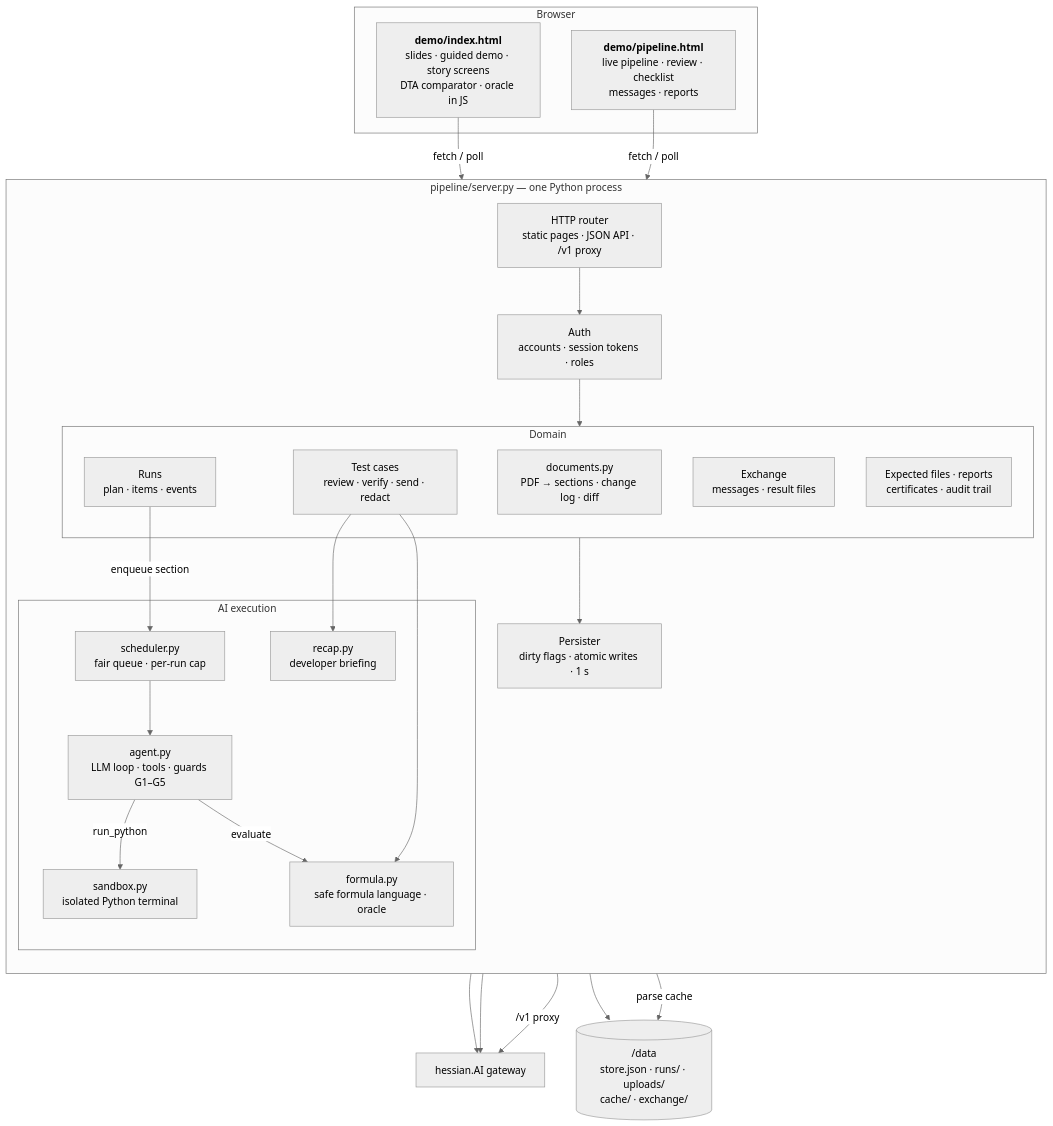
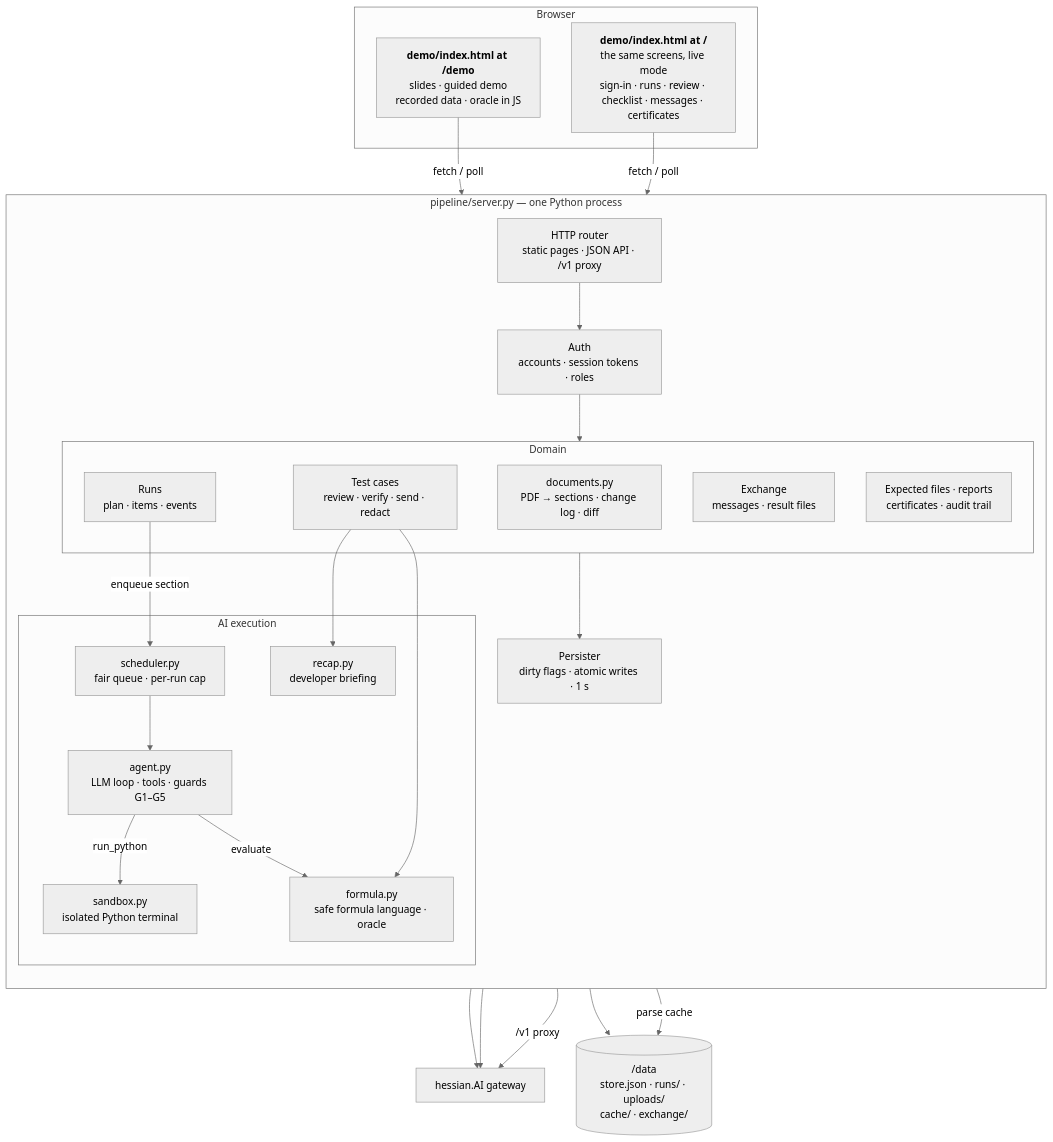
Before and after one commit to AmineChr54/futury-hackathon-itsg: the second of 6 diagrams in README.md, drawn with Mermaid (neutral theme). The commit also changed other lines of this file and 12 other files, not shown here.

First line of the commit message:
Live mode: the server's app is now the §pecs UI of the pitch

````diff
--- a/README.md
+++ b/README.md
@@ -184,46 +202,46 @@
 ```mermaid
 flowchart TB
     subgraph browser ["Browser"]
-        demo["<b>demo/index.html</b><br/>slides · guided demo · story screens<br/>DTA comparator · oracle in JS"]
-        live["<b>demo/pipeline.html</b><br/>live pipeline · review · checklist<br/>messages · reports"]
+        demo["<b>demo/index.html at /demo</b><br/>slides · guided demo<br/>recorded data · oracle in JS"]
+        live["<b>demo/index.html at /</b><br/>the same screens, live mode<br/>sign-in · runs · review · checklist · messages · certificates"]
     end
 
     subgraph server ["pipeline/server.py — one Python process"]
         direction TB
         http["HTTP router<br/>static pages · JSON API · /v1 proxy"]
         auth["Auth<br/>accounts · session tokens · roles"]
 
         subgraph core ["Domain"]
             docs["documents.py<br/>PDF → sections · change log · diff"]
             runs["Runs<br/>plan · items · events"]
             cases["Test cases<br/>review · verify · send · redact"]
             exch["Exchange<br/>messages · result files"]
             certs["Expected files · reports<br/>certificates · audit trail"]
         end
 
         subgraph ai ["AI execution"]
             sched["scheduler.py<br/>fair queue · per-run cap"]
             agent["agent.py<br/>LLM loop · tools · guards G1–G5"]
             sandbox["sandbox.py<br/>isolated Python terminal"]
             formula["formula.py<br/>safe formula language · oracle"]
             recap["recap.py<br/>developer briefing"]
         end
 
         persist["Persister<br/>dirty flags · atomic writes · 1 s"]
     end
 
     llm["hessian.AI gateway"]
     disk[("/data<br/>store.json · runs/ · uploads/<br/>cache/ · exchange/")]
 
     demo & live -- "fetch / poll" --> http
     http --> auth --> core
     runs -- "enqueue section" --> sched --> agent
     agent -- "run_python" --> sandbox
     agent -- "evaluate" --> formula
     cases --> formula
     cases --> recap
     agent & recap --> llm
     http -- "/v1 proxy" --> llm
     core --> persist --> disk
     docs -- "parse cache" --> disk
 ```
````
